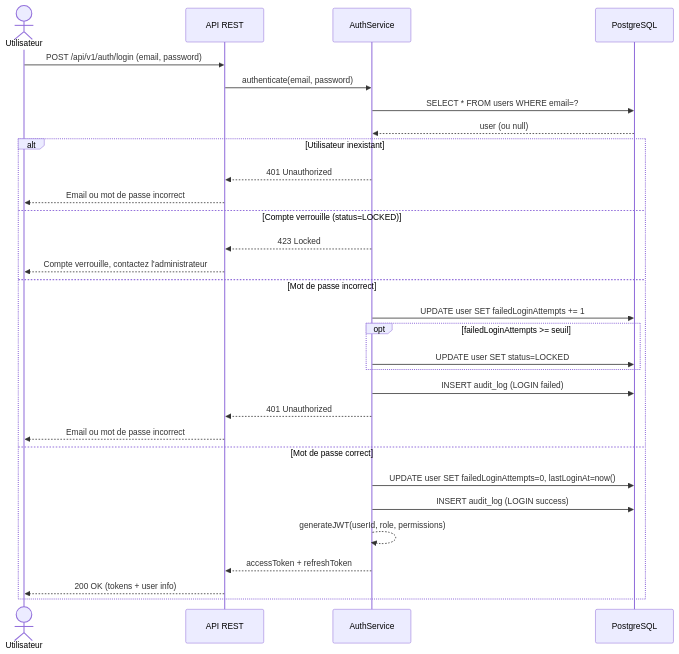
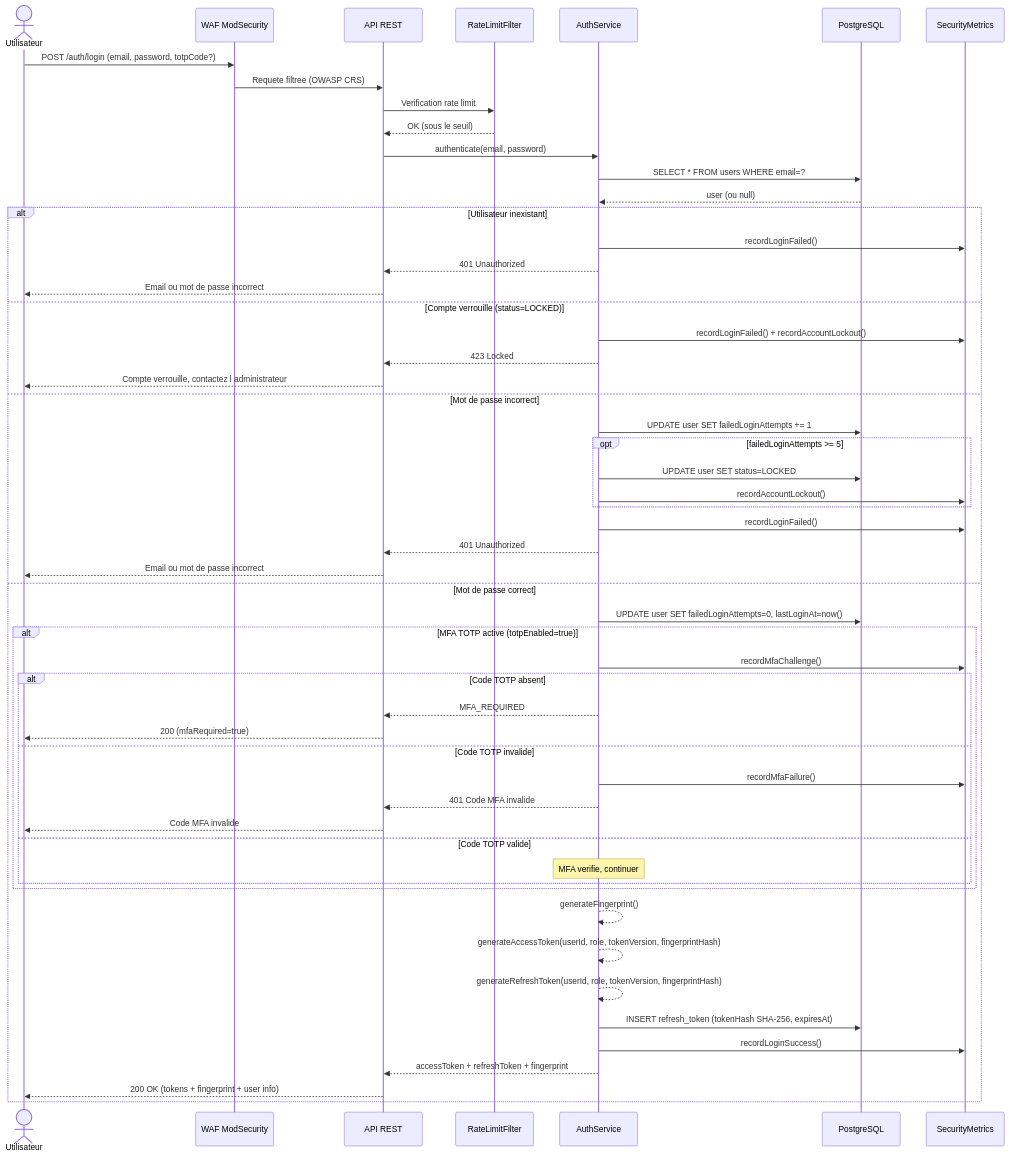
One commit to alpha65-web/-Moov-africa changed the ninth of 16 diagrams in uml/diagrammes-sequence.md. Above: the diagram before and after it, drawn with Mermaid. The commit also changed other lines of this file and 4 other files, not shown here.

First line of the commit message:
docs(uml): update 5 UML diagrams to reflect security audit controls

````diff
--- a/uml/diagrammes-sequence.md
+++ b/uml/diagrammes-sequence.md
@@ -442,34 +447,61 @@
 ```mermaid
 sequenceDiagram
     actor User as Utilisateur
+    participant WAF as WAF ModSecurity
     participant API as API REST
+    participant RateLimit as RateLimitFilter
     participant AuthSvc as AuthService
     participant DB as PostgreSQL
+    participant Metrics as SecurityMetrics
 
-    User->>API: POST /api/v1/auth/login (email, password)
+    User->>WAF: POST /auth/login (email, password, totpCode?)
+    WAF->>API: Requete filtree (OWASP CRS)
+    API->>RateLimit: Verification rate limit
+    RateLimit-->>API: OK (sous le seuil)
     API->>AuthSvc: authenticate(email, password)
     AuthSvc->>DB: SELECT * FROM users WHERE email=?
     DB-->>AuthSvc: user (ou null)
 
     alt Utilisateur inexistant
+        AuthSvc->>Metrics: recordLoginFailed()
         AuthSvc-->>API: 401 Unauthorized
         API-->>User: Email ou mot de passe incorrect
     else Compte verrouille (status=LOCKED)
+        AuthSvc->>Metrics: recordLoginFailed() + recordAccountLockout()
         AuthSvc-->>API: 423 Locked
-        API-->>User: Compte verrouille, contactez l'administrateur
+        API-->>User: Compte verrouille, contactez l administrateur
     else Mot de passe incorrect
         AuthSvc->>DB: UPDATE user SET failedLoginAttempts += 1
-        opt failedLoginAttempts >= seuil
+        opt failedLoginAttempts >= 5
             AuthSvc->>DB: UPDATE user SET status=LOCKED
+            AuthSvc->>Metrics: recordAccountLockout()
         end
-        AuthSvc->>DB: INSERT audit_log (LOGIN failed)
+        AuthSvc->>Metrics: recordLoginFailed()
         AuthSvc-->>API: 401 Unauthorized
         API-->>User: Email ou mot de passe incorrect
     else Mot de passe correct
         AuthSvc->>DB: UPDATE user SET failedLoginAttempts=0, lastLoginAt=now()
-        AuthSvc->>DB: INSERT audit_log (LOGIN success)
-        AuthSvc-->>AuthSvc: generateJWT(userId, role, permissions)
-        AuthSvc-->>API: accessToken + refreshToken
-        API-->>User: 200 OK (tokens + user info)
+
+        alt MFA TOTP active (totpEnabled=true)
+            AuthSvc->>Metrics: recordMfaChallenge()
+            alt Code TOTP absent
+                AuthSvc-->>API: MFA_REQUIRED
+                API-->>User: 200 (mfaRequired=true)
+            else Code TOTP invalide
+                AuthSvc->>Metrics: recordMfaFailure()
+                AuthSvc-->>API: 401 Code MFA invalide
+                API-->>User: Code MFA invalide
+            else Code TOTP valide
+                Note over AuthSvc: MFA verifie, continuer
+            end
+        end
+
+        AuthSvc-->>AuthSvc: generateFingerprint()
+        AuthSvc-->>AuthSvc: generateAccessToken(userId, role, tokenVersion, fingerprintHash)
+        AuthSvc-->>AuthSvc: generateRefreshToken(userId, role, tokenVersion, fingerprintHash)
+        AuthSvc->>DB: INSERT refresh_token (tokenHash SHA-256, expiresAt)
+        AuthSvc->>Metrics: recordLoginSuccess()
+        AuthSvc-->>API: accessToken + refreshToken + fingerprint
+        API-->>User: 200 OK (tokens + fingerprint + user info)
     end
 ```
````
